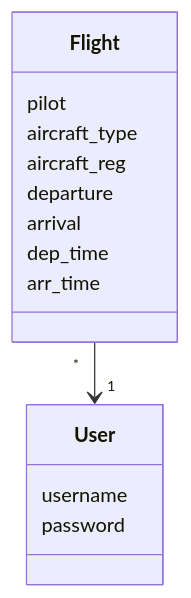
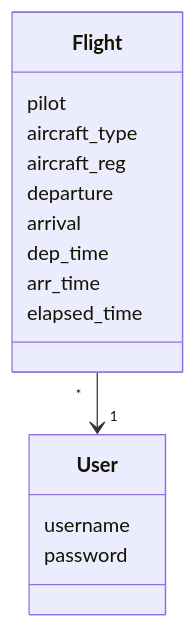
The second of 4 diagrams in dokumentaatio/arkkitehtuuri.md (ilmari21/ot-harjoitustyo), drawn with Mermaid before and after one commit. The commit also changed other lines of this file, not shown here.

````diff
--- a/dokumentaatio/arkkitehtuuri.md
+++ b/dokumentaatio/arkkitehtuuri.md
@@ -46,17 +47,18 @@
 ```mermaid
  classDiagram
       Flight "*" --> "1" User
       class User{
           username
           password
       }
       class Flight{
           pilot
           aircraft_type
           aircraft_reg
           departure
           arrival
           dep_time
           arr_time
+          elapsed_time
       }
 ```
````
